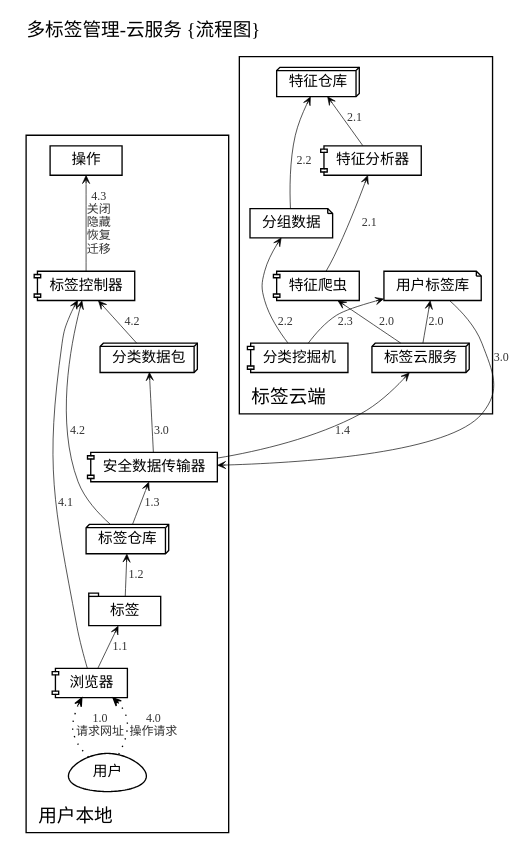
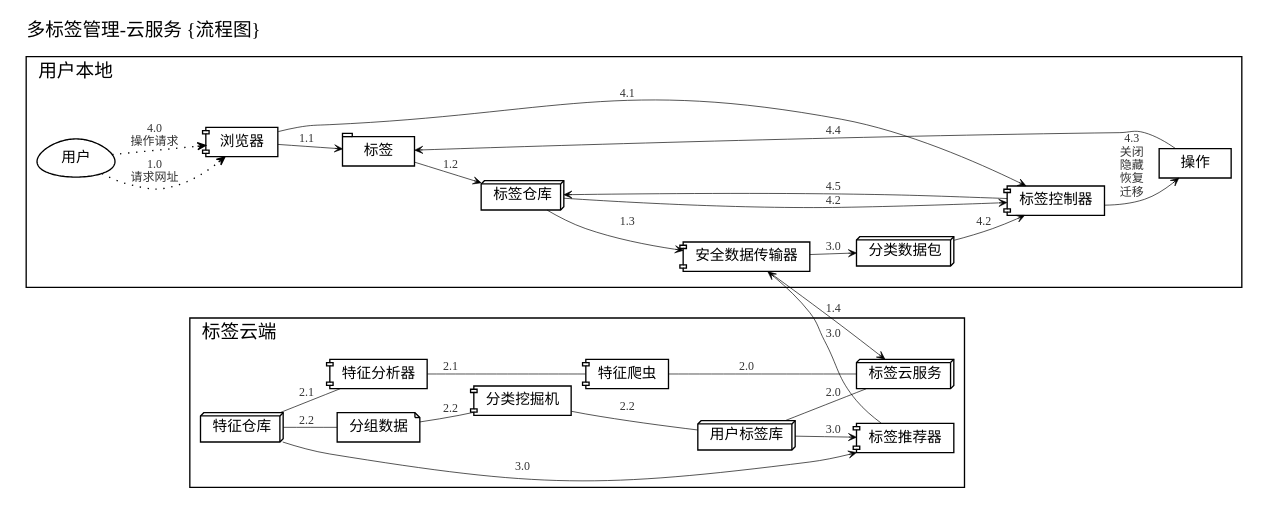
The diagram in dot/drm4k/lb-multitab-cloud.dot (ZoomQuiet/zoomquiet.tangle), drawn with Graphviz before and after one commit. The commit also changed 5 other files, not shown here.

```diff
--- a/dot/drm4k/lb-multitab-cloud.dot
+++ b/dot/drm4k/lb-multitab-cloud.dot
@@ -1,117 +1,118 @@
     /*生成命令:
 $ dot -Tpng lb-multitab-cloud.dot -o lb-multitab-cloud.png
  -Tcmapx -o lb-crx-roles.map
     全局设定
     plaintext
 {{{#!GraphViz dot
     */
 
 digraph G4Lmultitab2cloud {
     /*全局设定*/
     graph [label="多标签管理-云服务 {流程图}"
         ,fontsize=14.0
         ,fontname="WenQuanYi Micro Hei"
         ,labeljust="l",labelloc="t",center=1
         ,ranksep=0.3,center=1,ratio=compress
-        ,rankdir=BT
+        ,rankdir=LR
         ];
 
     node[fontsize=11.0,height=0.3
         ,fontname="WenQuanYi Micro Hei"
         ,shape=component 
         ];
 
     edge [fontsize=9.0,fontcolor="#333333"
         ,fontname="WenQuanYi Micro Hei"
         ,arrowsize=0.6,arrowhead=vee,arrowtail=none
         ,style="setlinewidth(0.5)"
         ];
 /*
     src [label="源码",shape=ellipse,style="filled,dashed,setlinewidth(5)"
         ,color="#333333",fillcolor=dimgray
         ,URL="http://code.google.com/p/zoomquiet/source/browse/dot/obp/csdndr1-km.dot?repo=tangle"];
     /*图元声明
     start       [label="流程开始/结束",shape=point];
     end         [label="",shape=doublecircle,fillcolor=red];
 
     box         [label="实体/对象",shape=box];
     ellipse     [label="行动/节点",shape=ellipse];
     egg         [label="用户/人物",shape=egg];
     plaintext   [label="状态/属性",shape=plaintext,fillcolor=whitesmoke];
     diamond     [label="判别",shape=diamond];
     note        [label="注释",shape=note];
     tab         [label="目录/模块",shape=tab];
     db          [label="数据库",shape=box3d];
     component   [label="主机/组件",shape=component];
   ,style="rounded,dotted"];
     url [label="网址",shape=note];
     act [label="操作",shape=note];
         close [label="关闭",shape=box];
         revert [label="恢复",shape=box];
         hide [label="隐藏",shape=box];
         trans [label="转移",shape=box];
 */
 subgraph cluster_loc {
     label = "用户本地";
     USER [label="用户",shape=egg];
         acts [label="操作",shape=box];
 
     browser [label="浏览器"];
 
     TAB [label="标签",shape=tab];
         tabStore [label="标签仓库",shape=box3d];
     doTAB [label="标签控制器",shape=component];
         grpStore [label="分类数据包",shape=box3d];
     sender [label="安全数据传输器",shape=component];
 
     USER->browser  [label="1.0\n请求网址",style="dotted"];
     browser->TAB   [label="1.1"];
         TAB->tabStore [label="1.2"];
         tabStore->sender [label="1.3"];
 
     USER->browser [label="4.0\n操作请求",style="dotted"];
     browser->doTAB [label="4.1"];
         {grpStore tabStore}->doTAB [label="4.2"];
         doTAB->acts [label="4.3 \n关闭\n隐藏\n恢复\n迁移"];
+        acts->TAB [label="4.4"];
+        doTAB->tabStore[label="4.5"];
 
 
 }
 
         sender->LBCsrv [label="1.4"];
 
 subgraph cluster_LBC {
     label = "标签云端";
     LBCsrv [label="标签云服务",shape=box3d];
         grasper [label="特征爬虫",shape=component];
         analyser [label="特征分析器",shape=component];
     tagDB [label="特征仓库",shape=box3d];
     reTAB [label="分类挖掘机",shape=component];
         groups [label="分组数据",shape=note];
+    commTAB [label="标签推荐器",shape=component];
 
-    usrTAB  [label="用户标签库",shape=note];
-    LBCsrv->{grasper usrTAB} [label="2.0"];
-        grasper->analyser->tagDB [label="2.1"];
-        reTAB->groups->tagDB [label="2.2"];
-        reTAB->usrTAB [label="2.3"];
+    usrTAB  [label="用户标签库",shape=box3d];
 
-    usrTAB->sender->grpStore [label="3.0"];
+    {grasper usrTAB}->LBCsrv [label="2.0",arrowhead=none,arrowtail=vee];
+        tagDB->analyser->grasper [label="2.1",arrowhead=none,arrowtail=vee];
+        tagDB->groups->reTAB->usrTAB [label="2.2",arrowhead=none,arrowtail=vee];
+
+    {usrTAB tagDB}->commTAB->sender->grpStore [label="3.0"];
 
 }
 
 
     /*图例关系
     */
 
 /*
     { rank=same; AC    srvAC; }
-    { rank=same; COMM    commander; }
-    { rank=same; DONE   uriStore; }
-
     AC[label="认证准备",shape=plaintext];
     COMM[label="推荐阶段",shape=plaintext];
     DONE[label="完成阶段",shape=plaintext];
     AC->COMM->DONE;
+
 */
     edge [style=invis];
 
 }
```
